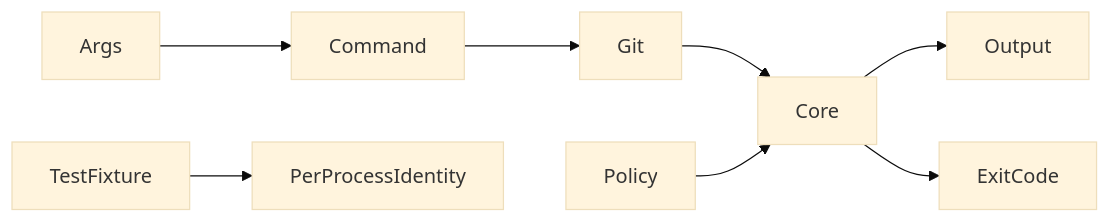
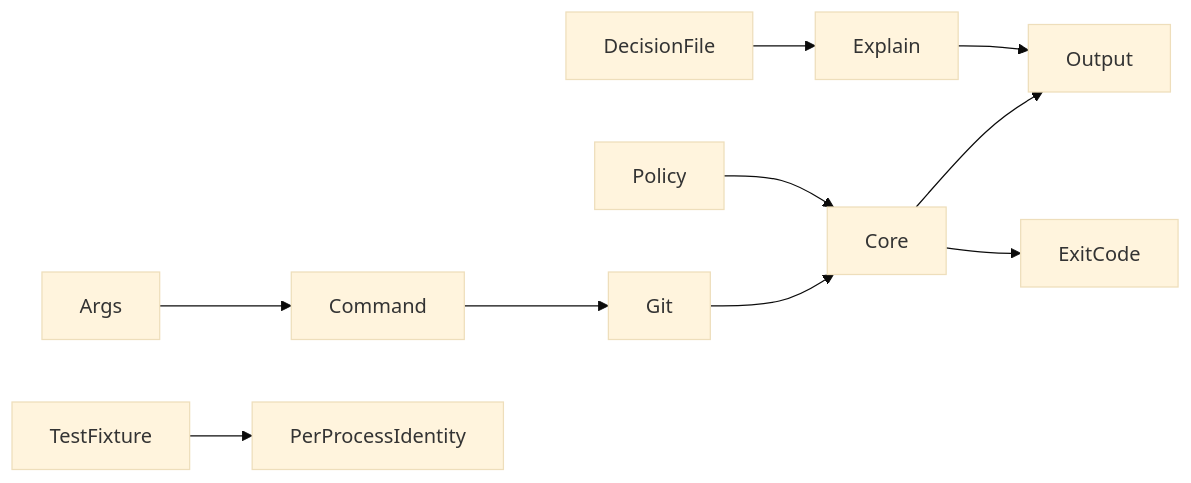
Before and after one commit to streamentry/AGENTOWNERS: the first of 5 diagrams in packages/cli/AGENTS.md, drawn with Mermaid (base theme). The commit also changed other lines of this file and 8 other files, not shown here.

````diff
--- a/packages/cli/AGENTS.md
+++ b/packages/cli/AGENTS.md
@@ -23,9 +23,11 @@
 ```mermaid
 flowchart LR
   Args --> Command --> Git
   TestFixture --> PerProcessIdentity
   Git --> Core
   Policy --> Core
   Core --> Output
   Core --> ExitCode
+  DecisionFile --> Explain
+  Explain --> Output
 ```
````
